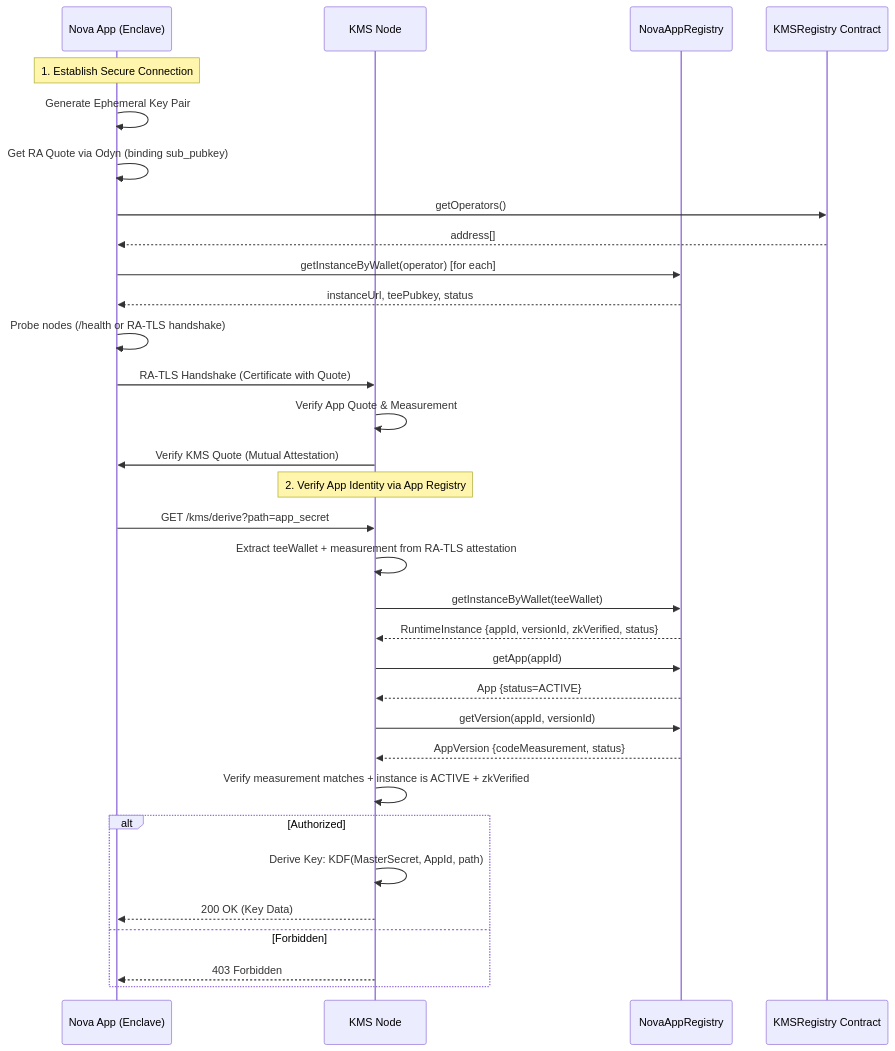
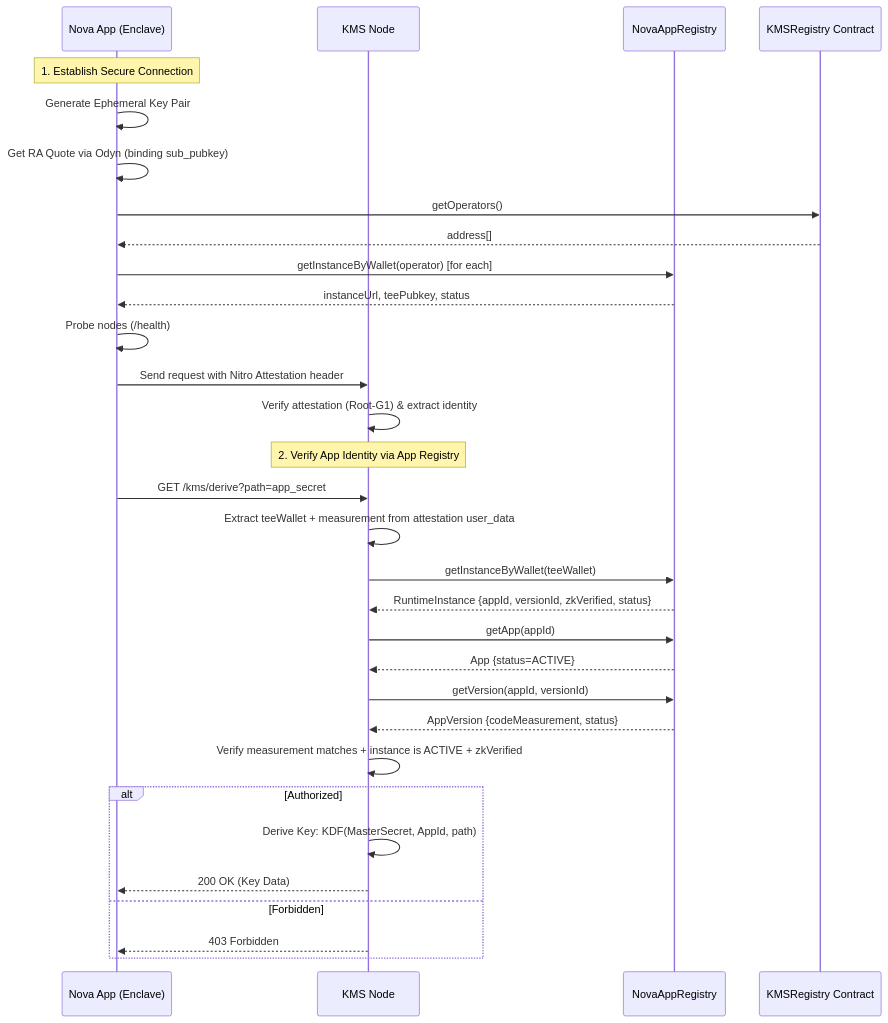
The third of 4 diagrams in docs/architecture.md (sparsity-xyz/nova-kms), drawn with Mermaid before and after one commit. The commit also changed other lines of this file and 13 other files, not shown here.

````diff
--- a/docs/architecture.md
+++ b/docs/architecture.md
@@ -243,40 +243,39 @@
 ```mermaid
 sequenceDiagram
     participant App as Nova App (Enclave)
     participant KMS as KMS Node
     participant AR as NovaAppRegistry
     participant KC as KMSRegistry Contract
     
     Note over App: 1. Establish Secure Connection
     App->>App: Generate Ephemeral Key Pair
     App->>App: Get RA Quote via Odyn (binding sub_pubkey)
     
     App->>KC: getOperators()
     KC-->>App: address[]
     App->>AR: getInstanceByWallet(operator) [for each]
     AR-->>App: instanceUrl, teePubkey, status
-    App->>App: Probe nodes (/health or RA-TLS handshake)
+    App->>App: Probe nodes (/health)
     
-    App->>KMS: RA-TLS Handshake (Certificate with Quote)
-    KMS->>KMS: Verify App Quote & Measurement
-    KMS->>App: Verify KMS Quote (Mutual Attestation)
+    App->>KMS: Send request with Nitro Attestation header
+    KMS->>KMS: Verify attestation (Root-G1) & extract identity
     
     Note over KMS: 2. Verify App Identity via App Registry
     App->>KMS: GET /kms/derive?path=app_secret
-    KMS->>KMS: Extract teeWallet + measurement from RA-TLS attestation
+    KMS->>KMS: Extract teeWallet + measurement from attestation user_data
     
     KMS->>AR: getInstanceByWallet(teeWallet)
     AR-->>KMS: RuntimeInstance {appId, versionId, zkVerified, status}
     KMS->>AR: getApp(appId)
     AR-->>KMS: App {status=ACTIVE}
     KMS->>AR: getVersion(appId, versionId)
     AR-->>KMS: AppVersion {codeMeasurement, status}
     KMS->>KMS: Verify measurement matches + instance is ACTIVE + zkVerified
     
     alt Authorized
         KMS->>KMS: Derive Key: KDF(MasterSecret, AppId, path)
         KMS-->>App: 200 OK (Key Data)
     else Forbidden
         KMS-->>App: 403 Forbidden
     end
 ```
````
